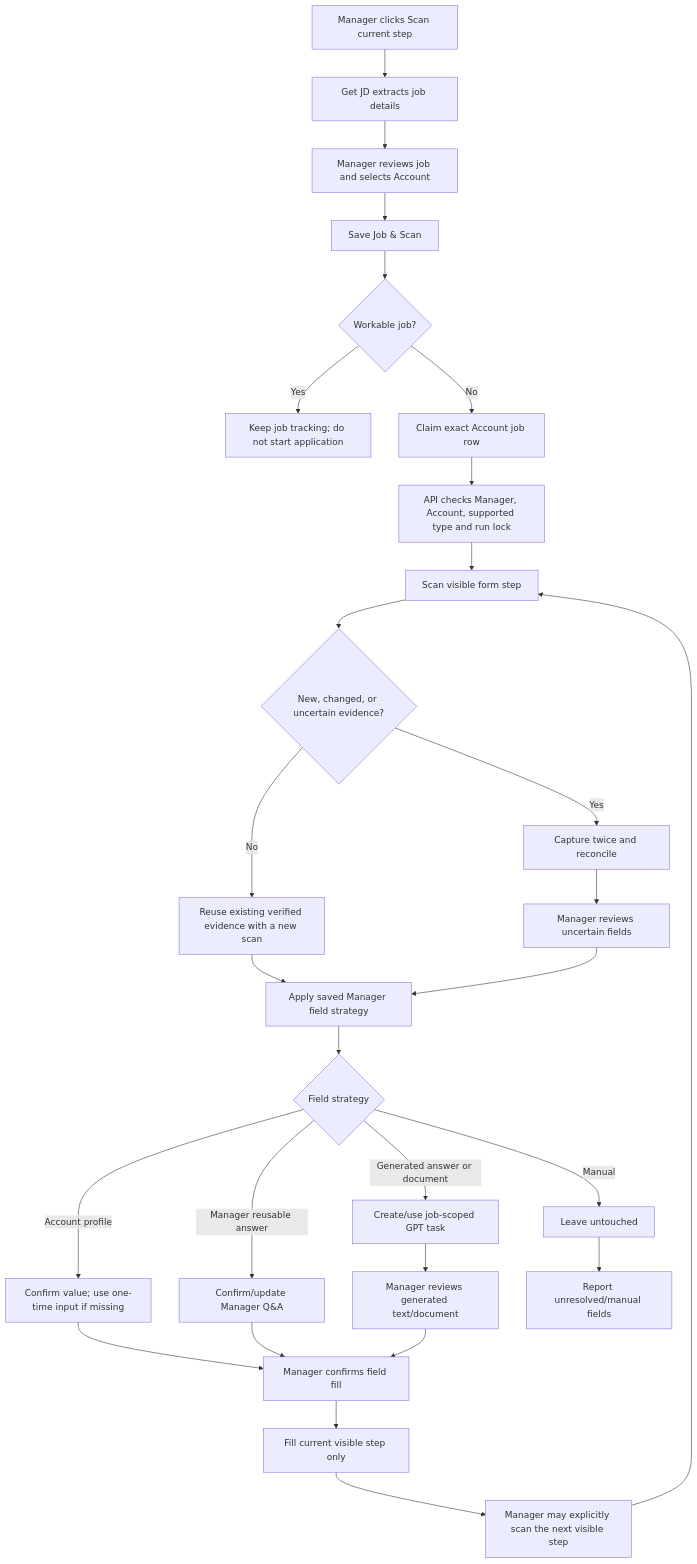
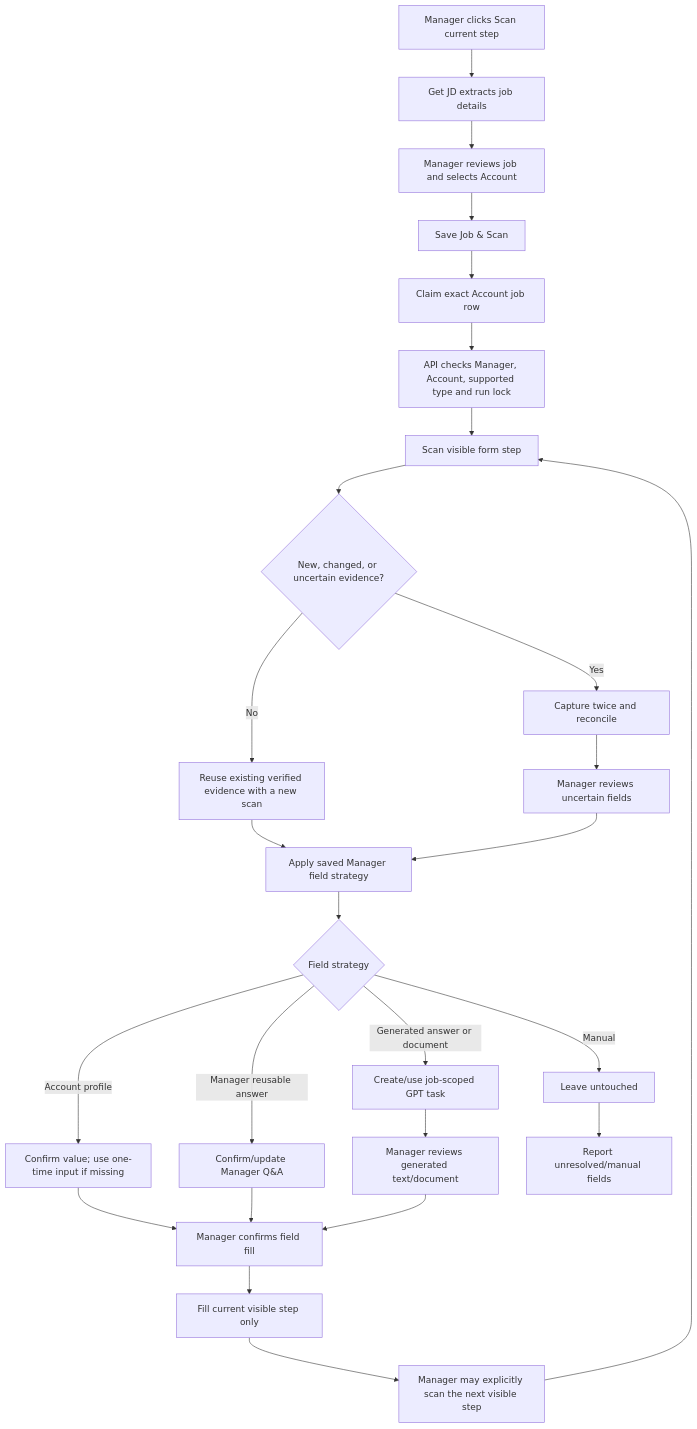
Before and after one commit to passion-programmar/qts-start-up-repository-job-tracking: the fifth of 8 diagrams in docs/PROJECT-FEATURES-AND-FLOW.md, drawn with Mermaid. The commit also changed other lines of this file and 15 other files, not shown here.

````diff
--- a/docs/PROJECT-FEATURES-AND-FLOW.md
+++ b/docs/PROJECT-FEATURES-AND-FLOW.md
@@ -228,30 +229,28 @@
 ```mermaid
 flowchart TD
     A[Manager clicks Scan current step] --> B[Get JD extracts job details]
     B --> C[Manager reviews job and selects Account]
     C --> D[Save Job & Scan]
-    D --> E{Workable job?}
-    E -->|Yes| X[Keep job tracking; do not start application]
-    E -->|No| F[Claim exact Account job row]
+    D --> F[Claim exact Account job row]
     F --> G[API checks Manager, Account, supported type and run lock]
     G --> H[Scan visible form step]
     H --> I{New, changed, or uncertain evidence?}
     I -->|Yes| J[Capture twice and reconcile]
     I -->|No| K[Reuse existing verified evidence with a new scan]
     J --> L[Manager reviews uncertain fields]
     K --> M[Apply saved Manager field strategy]
     L --> M
     M --> N{Field strategy}
     N -->|Account profile| O[Confirm value; use one-time input if missing]
     N -->|Manager reusable answer| P[Confirm/update Manager Q&A]
     N -->|Generated answer or document| Q[Create/use job-scoped GPT task]
     N -->|Manual| R[Leave untouched]
     O --> S[Manager confirms field fill]
     P --> S
     Q --> T[Manager reviews generated text/document]
     T --> S
     R --> U[Report unresolved/manual fields]
     S --> V[Fill current visible step only]
     V --> W[Manager may explicitly scan the next visible step]
     W --> H
 ```
````
